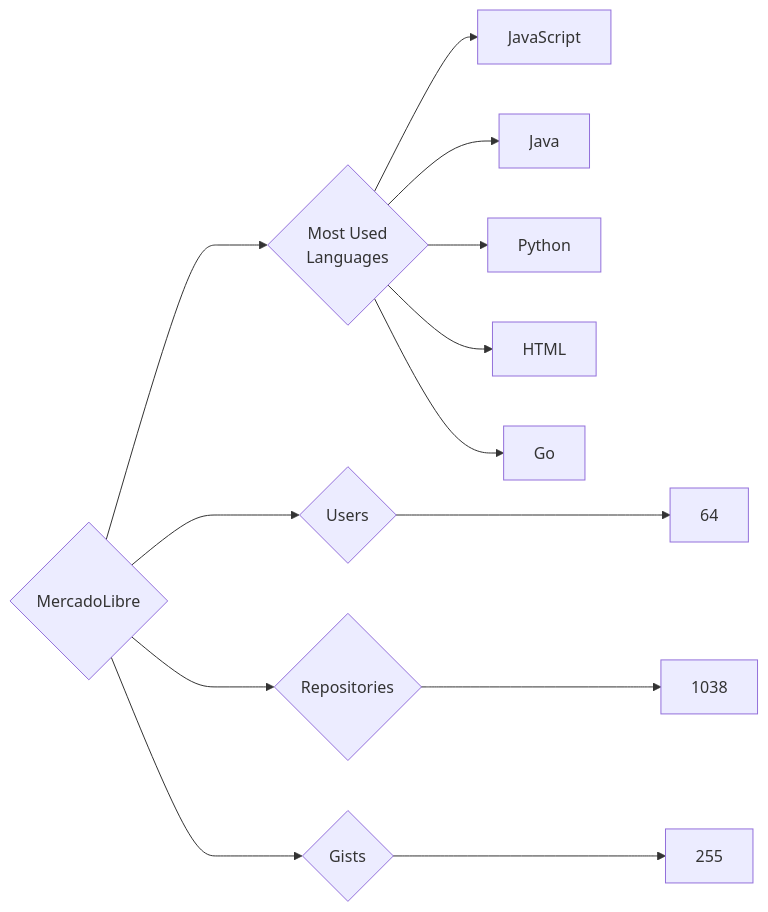
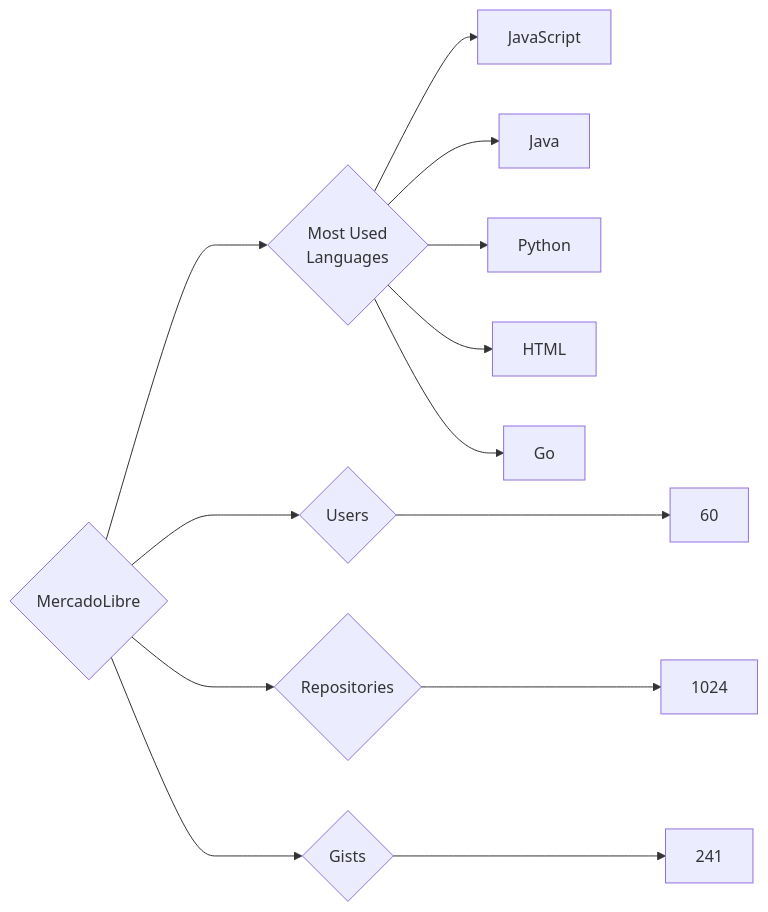
One commit to trickest/insiders changed the diagram in targets/MercadoLibre/README.md. Above: the diagram before and after it, drawn with Mermaid. The commit also changed 970 other files, not shown here.

````diff
--- a/targets/MercadoLibre/README.md
+++ b/targets/MercadoLibre/README.md
@@ -3,13 +3,13 @@
 ```mermaid
 graph LR
 COMPANY_NAME{MercadoLibre}
-COMPANY_NAME ---> U{Users} ---> UN[64]
-COMPANY_NAME ---> R{Repositories} ---> RN[1038]
-COMPANY_NAME ---> G{Gists} ---> GN[255]
+COMPANY_NAME ---> U{Users} ---> UN[60]
+COMPANY_NAME ---> R{Repositories} ---> RN[1024]
+COMPANY_NAME ---> G{Gists} ---> GN[241]
 COMPANY_NAME ---> ML{Most Used<br>Languages}
 ML --> JavaScript[JavaScript]
 ML --> Java[Java]
 ML --> Python[Python]
 ML --> HTML[HTML]
 ML --> Go[Go]
 ```
````
